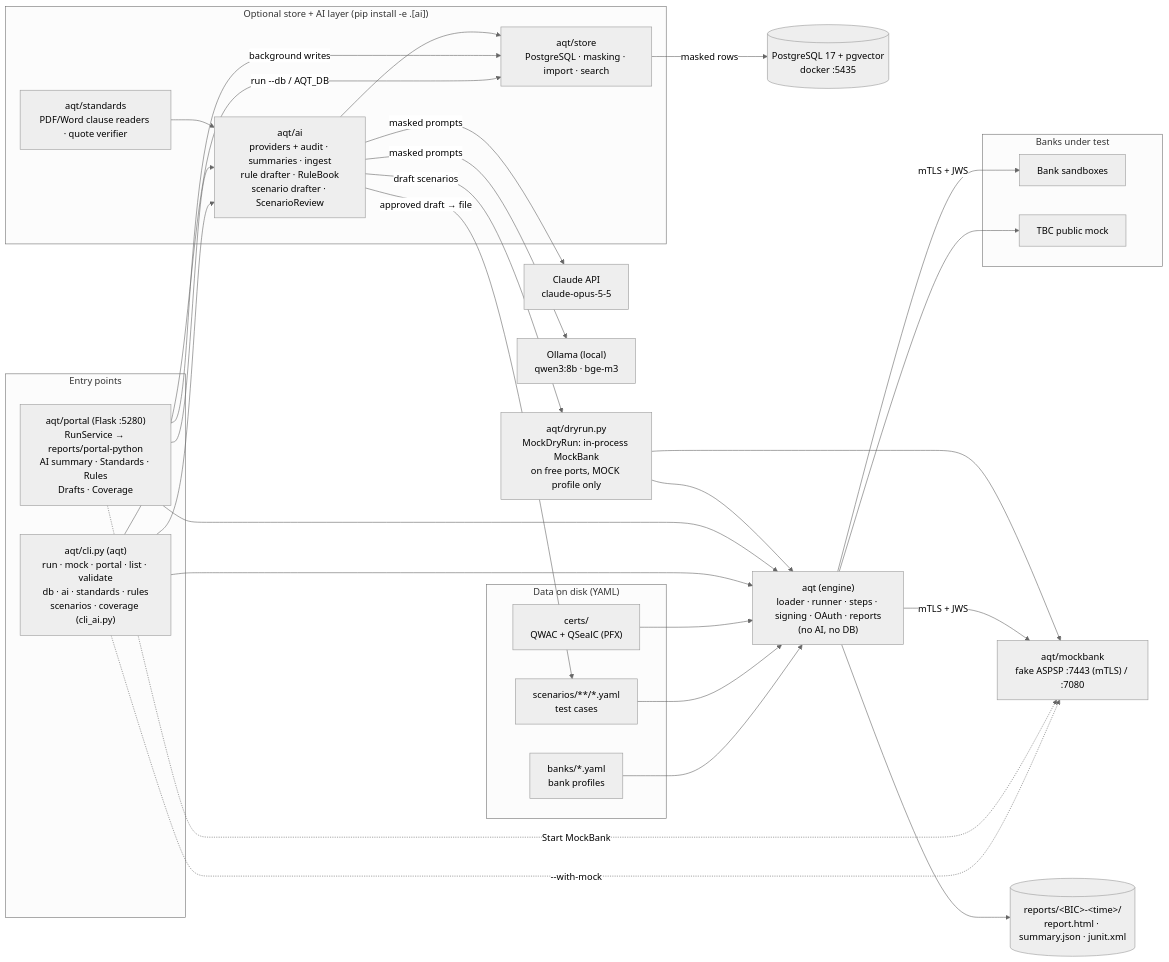
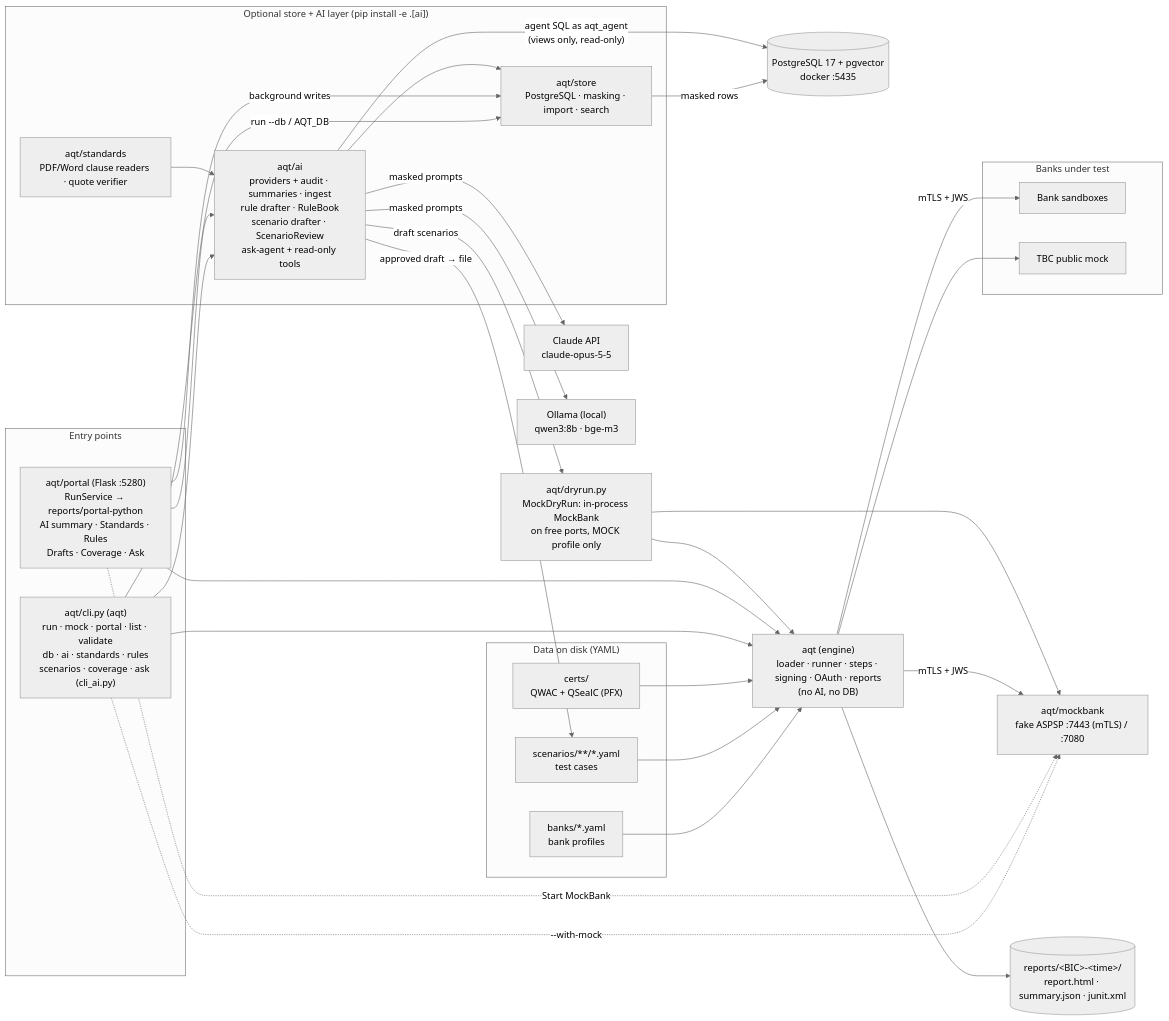
One commit to levan-petrosiani/Aurasoft-Monitoring changed the first of 8 diagrams in ARCHITECTURE.md. Above: the diagram before and after it, drawn with Mermaid (neutral theme). The commit also changed other lines of this file and 21 other files, not shown here.

First line of the commit message:
Phase 4: the ask-agent (read-only tools, own database login, Ask page)

````diff
--- a/ARCHITECTURE.md
+++ b/ARCHITECTURE.md
@@ -13,58 +13,59 @@
 ```mermaid
 flowchart LR
     subgraph Inputs["Data on disk (YAML)"]
         Banks["banks/*.yaml<br/>bank profiles"]
         Scen["scenarios/**/*.yaml<br/>test cases"]
         Certs["certs/<br/>QWAC + QSealC (PFX)"]
     end
 
     subgraph Hosts["Entry points"]
-        Cli["aqt/cli.py (aqt)<br/>run · mock · portal · list · validate<br/>db · ai · standards · rules<br/>scenarios · coverage (cli_ai.py)"]
-        Portal["aqt/portal (Flask :5280)<br/>RunService → reports/portal-python<br/>AI summary · Standards · Rules<br/>Drafts · Coverage"]
+        Cli["aqt/cli.py (aqt)<br/>run · mock · portal · list · validate<br/>db · ai · standards · rules<br/>scenarios · coverage · ask (cli_ai.py)"]
+        Portal["aqt/portal (Flask :5280)<br/>RunService → reports/portal-python<br/>AI summary · Standards · Rules<br/>Drafts · Coverage · Ask"]
     end
 
     subgraph AiLayer["Optional store + AI layer (pip install -e .[ai])"]
         Store["aqt/store<br/>PostgreSQL · masking · import · search"]
         Std["aqt/standards<br/>PDF/Word clause readers · quote verifier"]
-        AI["aqt/ai<br/>providers + audit · summaries · ingest<br/>rule drafter · RuleBook<br/>scenario drafter · ScenarioReview"]
+        AI["aqt/ai<br/>providers + audit · summaries · ingest<br/>rule drafter · RuleBook<br/>scenario drafter · ScenarioReview<br/>ask-agent + read-only tools"]
     end
     PG[("PostgreSQL 17 + pgvector<br/>docker :5435")]
     Claude["Claude API<br/>claude-opus-5-5"]
     Ollama["Ollama (local)<br/>qwen3:8b · bge-m3"]
 
     Engine["aqt (engine)<br/>loader · runner · steps · signing · OAuth · reports<br/>(no AI, no DB)"]
     Mock["aqt/mockbank<br/>fake ASPSP :7443 (mTLS) / :7080"]
     Dry["aqt/dryrun.py<br/>MockDryRun: in-process MockBank<br/>on free ports, MOCK profile only"]
     Reports[("reports/&lt;BIC&gt;-&lt;time&gt;/<br/>report.html · summary.json · junit.xml")]
 
     subgraph Targets["Banks under test"]
         Real["Bank sandboxes"]
         TbcMock["TBC public mock"]
     end
 
     Banks --> Engine
     Scen --> Engine
     Certs --> Engine
     Cli --> Engine
     Portal --> Engine
     Cli -. "--with-mock" .-> Mock
     Portal -. "Start MockBank" .-> Mock
     Engine -- "mTLS + JWS" --> Mock
     Engine -- "mTLS + JWS" --> Real
     Engine --> TbcMock
     Engine --> Reports
 
     Cli -- "run --db / AQT_DB" --> Store
     Portal -- "background writes" --> Store
     Cli --> AI
     Portal --> AI
     Std --> AI
     AI -- "draft scenarios" --> Dry
     Dry --> Engine
     Dry --> Mock
     AI -- "approved draft → file" --> Scen
     AI --> Store
     Store -- "masked rows" --> PG
+    AI -- "agent SQL as aqt_agent<br/>(views only, read-only)" --> PG
     AI -- "masked prompts" --> Claude
     AI -- "masked prompts" --> Ollama
 ```
````
